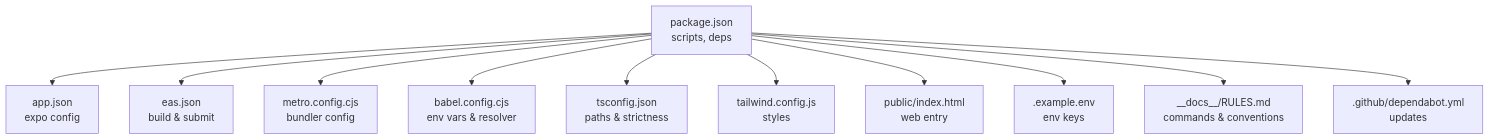
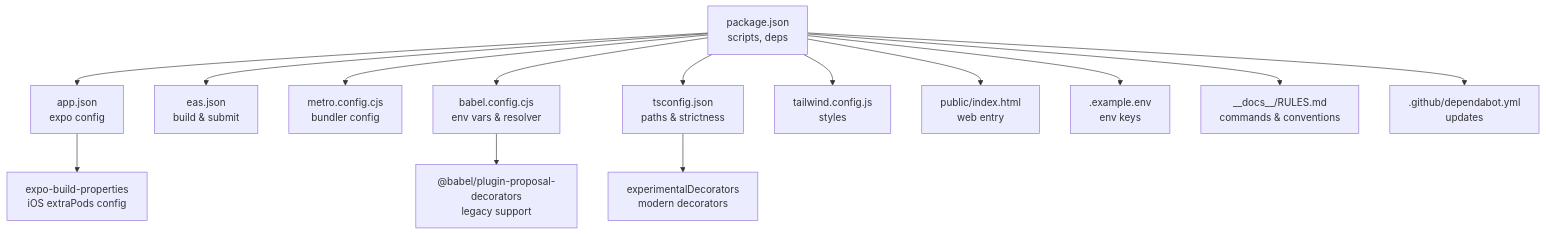
The first of 6 diagrams in .qoder/repowiki/en/content/Build and Deployment.md (karllasouzza/PowerLists), drawn with Mermaid before and after one commit. The commit also changed other lines of this file and 5 other files, not shown here.

First line of the commit message:
docs(build): update build config with iOS JSON optimization and decorators

````diff
--- a/.qoder/repowiki/en/content/Build and Deployment.md
+++ b/.qoder/repowiki/en/content/Build and Deployment.md
@@ -46,13 +56,16 @@
 ```mermaid
 graph TB
 A["package.json<br/>scripts, deps"] --> B["app.json<br/>expo config"]
 A --> C["eas.json<br/>build & submit"]
 A --> D["metro.config.cjs<br/>bundler config"]
 A --> E["babel.config.cjs<br/>env vars & resolver"]
 A --> F["tsconfig.json<br/>paths & strictness"]
 A --> G["tailwind.config.js<br/>styles"]
 A --> H["public/index.html<br/>web entry"]
 A --> I[".example.env<br/>env keys"]
 A --> J["__docs__/RULES.md<br/>commands & conventions"]
 A --> K[".github/dependabot.yml<br/>updates"]
+B --> L["expo-build-properties<br/>iOS extraPods config"]
+E --> M["@babel/plugin-proposal-decorators<br/>legacy support"]
+F --> N["experimentalDecorators<br/>modern decorators"]
 ```
````
